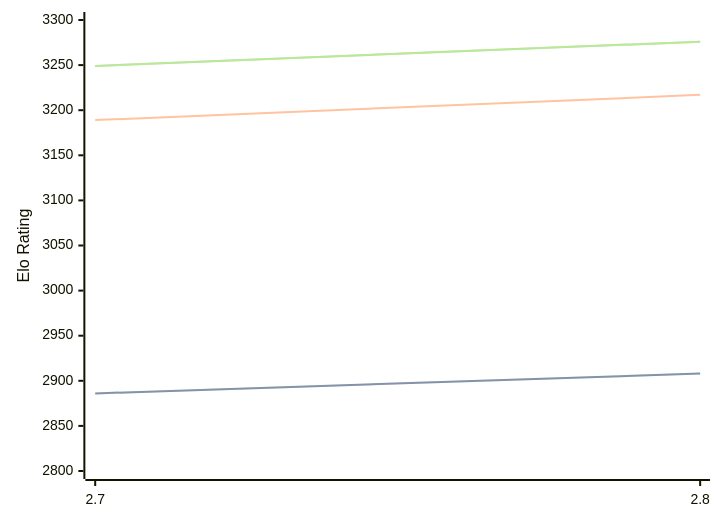
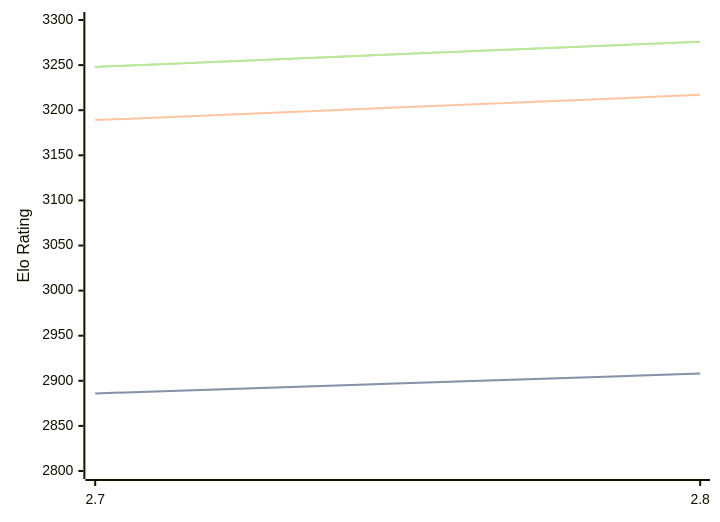
One commit to computer-chess-index/cci changed the first of 3 diagrams in engines/Arcanum.md. Above: the diagram before and after it, drawn with Mermaid. The commit also changed other lines of this file, not shown here.

Commit message:
Update CCI Ratings (ELO VLTC) - 2026-06-27

````diff
--- a/engines/Arcanum.md
+++ b/engines/Arcanum.md
@@ -44,11 +44,11 @@
 ```mermaid
 %%{init: {"theme":"base","themeVariables":{"seriesColors:['#a3a3a3','#222221','#faa371']}}}%%
 xychart-beta
   x-axis ["2.7", "2.8"]
   y-axis "Elo Rating" 2800 --> 3300
   line "STC (8.0+0.08s)" [2886, 2908]
   line "STC (8.0+0.08s)" [2886, 2908]
   line "LTC (60.0+0.60s)" [3189, 3217]
-  line "VLTC (2m24s+1.12s)" [3249, 3276]
-  line "VLTC (2m24s+1.12s)" [3249, 3276]
+  line "VLTC (2m24s+1.12s)" [3248, 3276]
+  line "VLTC (2m24s+1.12s)" [3248, 3276]
 ```
````
